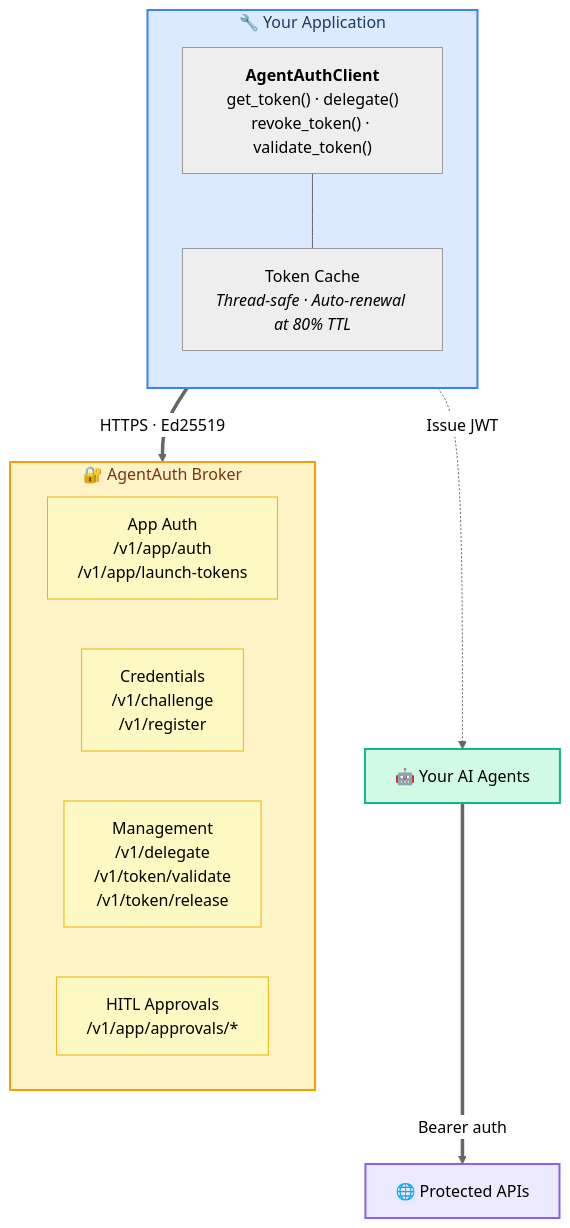
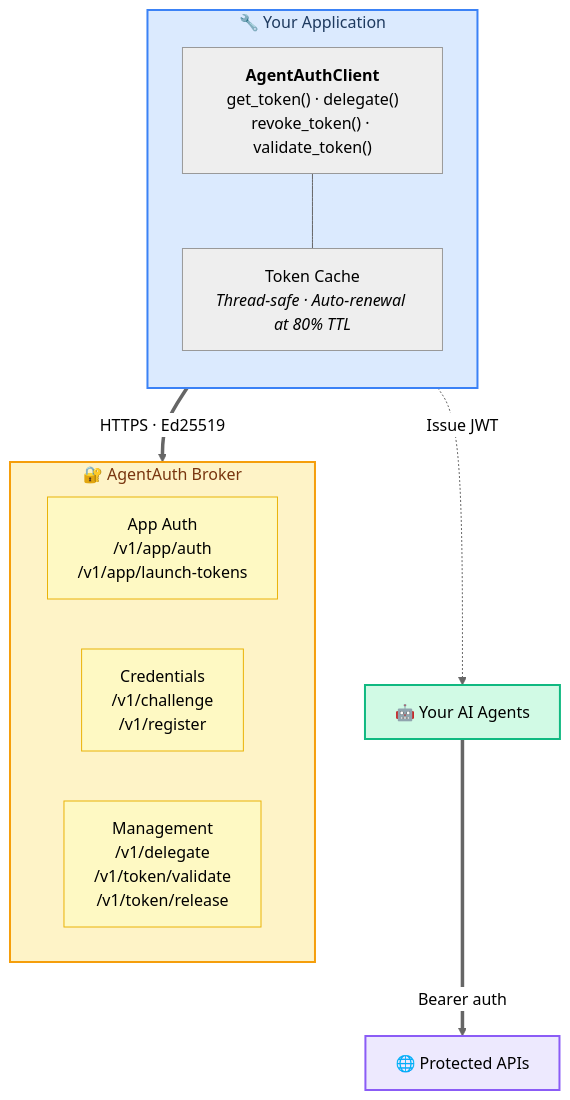
The first of 5 diagrams in README.md (devonartis/agentwrit-python), drawn with Mermaid (neutral theme) before and after one commit. The commit also changed other lines of this file, not shown here.

First line of the commit message:
docs: remove all HITL references from README

````diff
--- a/README.md
+++ b/README.md
@@ -100,33 +89,31 @@
 ```mermaid
 graph TB
     subgraph App["🔧 Your Application"]
         direction TB
         Client["<b>AgentAuthClient</b><br/>get_token() · delegate()<br/>revoke_token() · validate_token()"]
         Cache["Token Cache<br/><i>Thread-safe · Auto-renewal at 80% TTL</i>"]
         Client --- Cache
     end
 
     subgraph Broker["🔐 AgentAuth Broker"]
         direction LR
         AuthGroup["App Auth<br/>/v1/app/auth<br/>/v1/app/launch-tokens"]
         CredGroup["Credentials<br/>/v1/challenge<br/>/v1/register"]
         MgmtGroup["Management<br/>/v1/delegate<br/>/v1/token/validate<br/>/v1/token/release"]
-        HITLGroup["HITL Approvals<br/>/v1/app/approvals/*"]
     end
 
     Agents["🤖 Your AI Agents"]
     APIs["🌐 Protected APIs"]
 
     Client ==>|"HTTPS · Ed25519"| Broker
     Client -.->|"Issue JWT"| Agents
     Agents ==>|"Bearer auth"| APIs
 
     style App fill:#dbeafe,stroke:#3b82f6,stroke-width:2px,color:#1e3a5f
     style Broker fill:#fef3c7,stroke:#f59e0b,stroke-width:2px,color:#78350f
     style Agents fill:#d1fae5,stroke:#10b981,stroke-width:2px
     style APIs fill:#ede9fe,stroke:#8b5cf6,stroke-width:2px
     style AuthGroup fill:#fef9c3,stroke:#eab308
     style CredGroup fill:#fef9c3,stroke:#eab308
     style MgmtGroup fill:#fef9c3,stroke:#eab308
-    style HITLGroup fill:#fef9c3,stroke:#eab308
 ```
````
